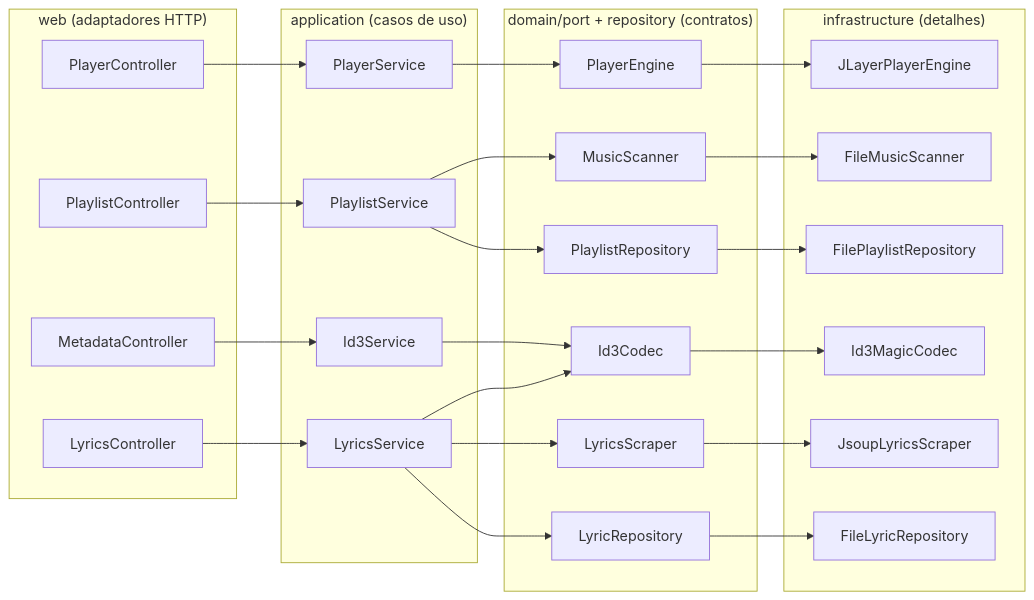
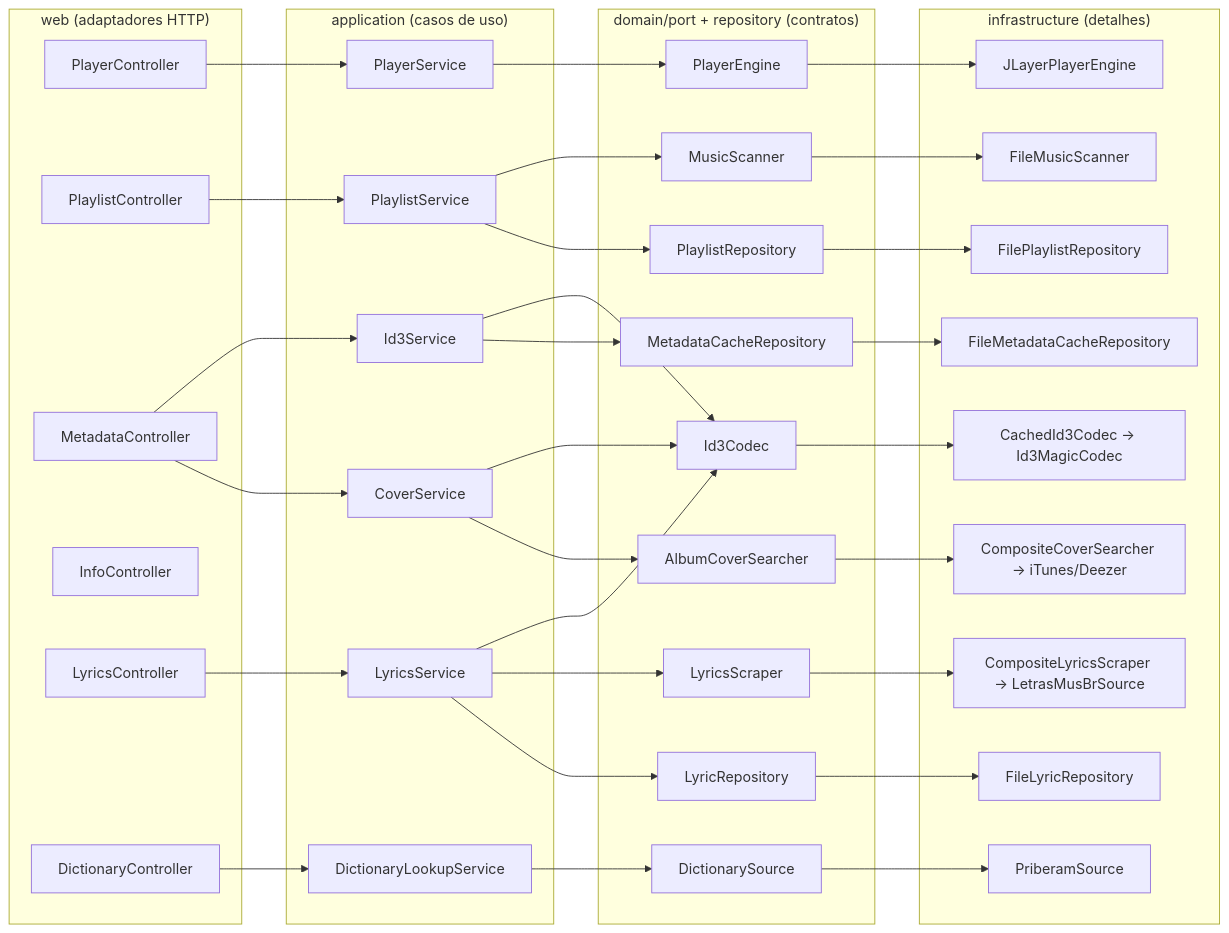
Before and after one commit to jpontesmartins/mp3-player: the eighth of 9 diagrams in docs/architecture.md, drawn with Mermaid. The commit also changed other lines of this file and 25 other files, not shown here.

Commit message:
atualização javadocs, readmes, architecture.md

````diff
--- a/docs/architecture.md
+++ b/docs/architecture.md
@@ -248,51 +295,70 @@
 ```mermaid
 flowchart LR
     subgraph WebC["web (adaptadores HTTP)"]
         PC["PlayerController"]
         PLC["PlaylistController"]
         MC["MetadataController"]
+        IC["InfoController"]
         LC["LyricsController"]
+        DC["DictionaryController"]
     end
     subgraph App["application (casos de uso)"]
         PS["PlayerService"]
         PL["PlaylistService"]
+        ID["Id3Service"]
+        CS["CoverService"]
         LY["LyricsService"]
-        ID["Id3Service"]
+        DLS["DictionaryLookupService"]
     end
     subgraph Ports["domain/port + repository (contratos)"]
         dPE["PlayerEngine"]
         dIC["Id3Codec"]
+        dACS["AlbumCoverSearcher"]
         dMS["MusicScanner"]
         dLS["LyricsScraper"]
+        dDS["DictionarySource"]
         dPR["PlaylistRepository"]
         dLR["LyricRepository"]
+        dMCR["MetadataCacheRepository"]
     end
     subgraph Impl["infrastructure (detalhes)"]
         J["JLayerPlayerEngine"]
-        IC2["Id3MagicCodec"]
+        IC2["CachedId3Codec → Id3MagicCodec"]
+        CCS["CompositeCoverSearcher → iTunes/Deezer"]
         FS["FileMusicScanner"]
-        JS["JsoupLyricsScraper"]
+        CLS["CompositeLyricsScraper → LetrasMusBrSource"]
+        PS2["PriberamSource"]
         FPR["FilePlaylistRepository"]
         FLR["FileLyricRepository"]
+        FMCR["FileMetadataCacheRepository"]
     end
 
     PC --> PS
     PLC --> PL
     MC --> ID
+    MC --> CS
     LC --> LY
+    DC --> DLS
 
     PS --> dPE
     ID --> dIC
+    CS --> dIC
+    CS --> dACS
     LY --> dIC
+    LY --> dLS
     PL --> dMS
-    LY --> dLS
     PL --> dPR
     LY --> dLR
+    DLS --> dDS
+    ID --> dMCR
 
     dPE --> J
     dIC --> IC2
+    dACS --> CCS
     dMS --> FS
-    dLS --> JS
+    dLS --> CLS
+    dDS --> PS2
     dPR --> FPR
     dLR --> FLR
+    dMCR --> FMCR
 ```
````
